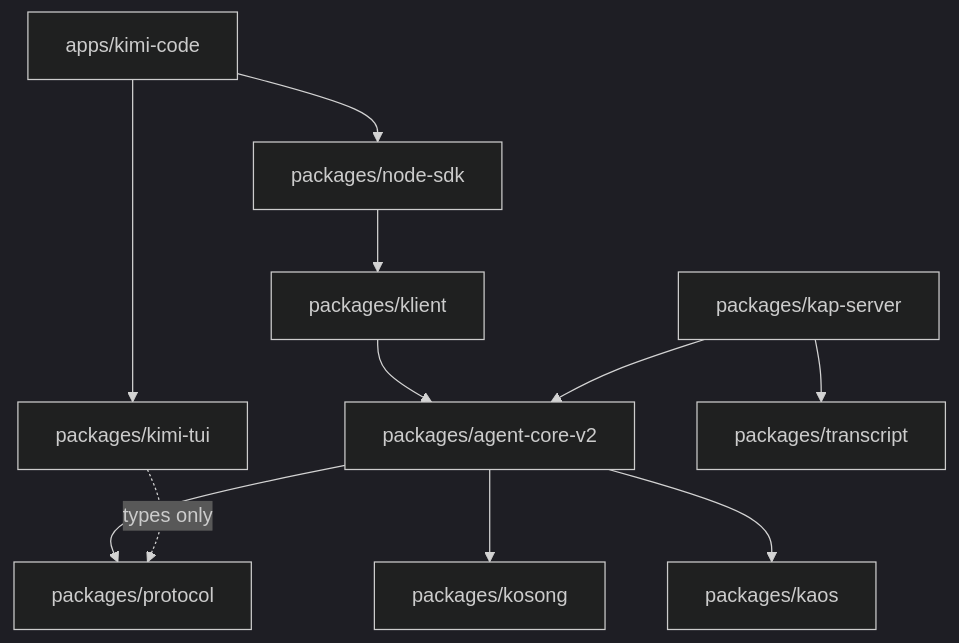
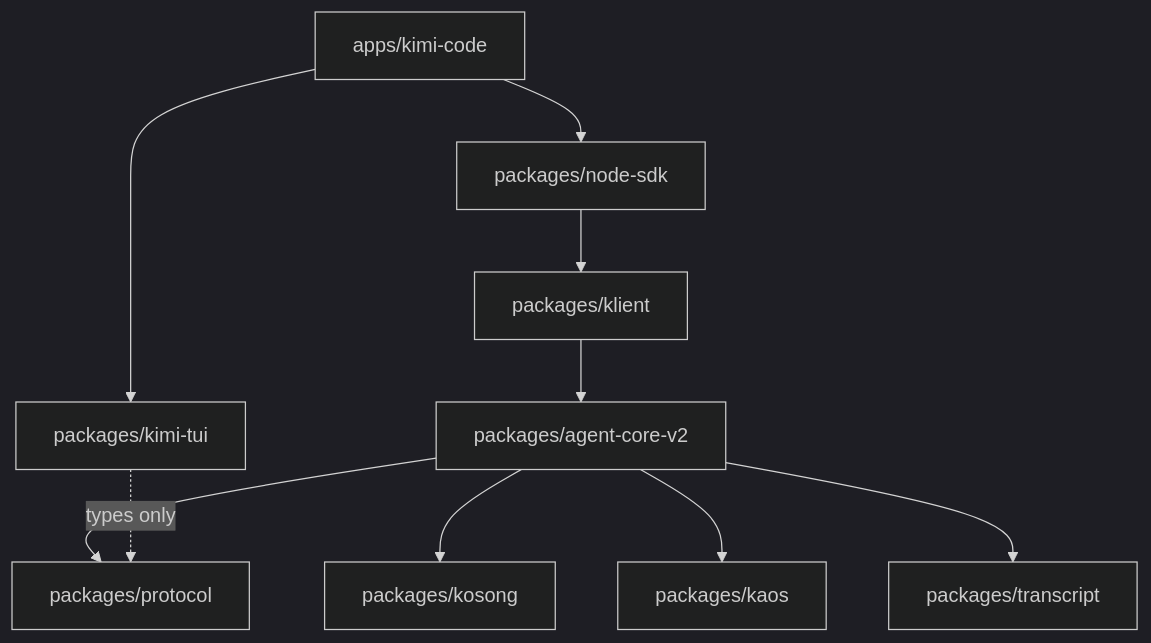
One commit to xsyetopz/kimi-code changed the diagram in ARCHITECTURE.md. Above: the diagram before and after it, drawn with Mermaid (dark theme). The commit also changed other lines of this file and 2 other files, not shown here.

Commit message:
docs: align architecture with CLI-TUI-only harness

````diff
--- a/ARCHITECTURE.md
+++ b/ARCHITECTURE.md
@@ -84,13 +103,12 @@
 ```mermaid
 flowchart TB
   CODE[apps/kimi-code] --> KIT[packages/kimi-tui]
   CODE --> SDK[packages/node-sdk]
   SDK --> KL[packages/klient]
   KL --> CORE[packages/agent-core-v2]
-  KAP[packages/kap-server] --> CORE
-  KAP --> TR[packages/transcript]
   CORE --> KO[packages/kosong]
   CORE --> KA[packages/kaos]
   CORE --> PROTO[packages/protocol]
+  CORE --> TR[packages/transcript]
   KIT -.->|types only| PROTO
 ```
````
